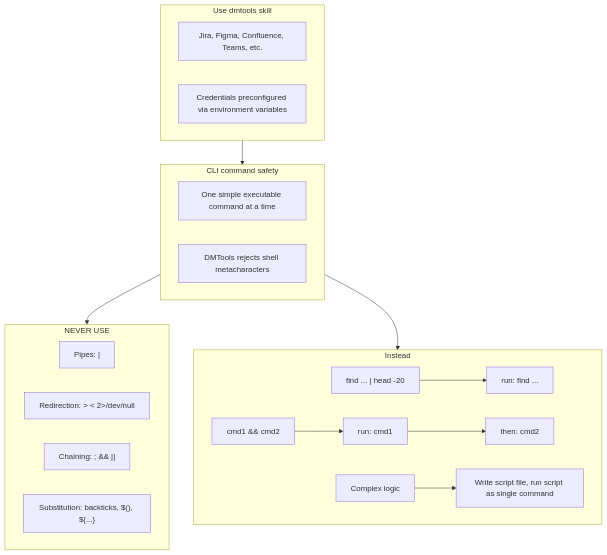
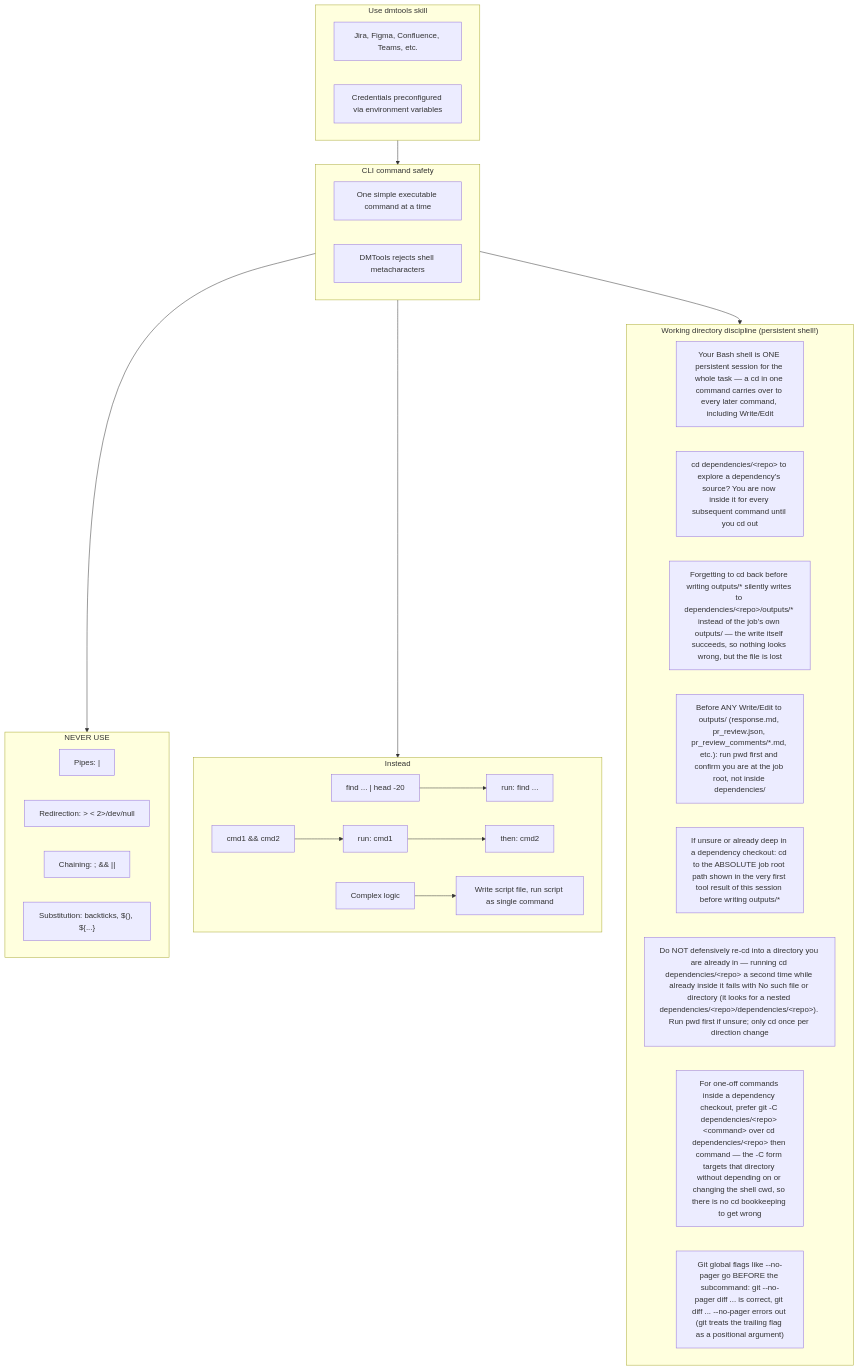
Before and after one commit to IstiN/dmtools-agents: the ninth of 9 diagrams in snapshots/bug_development.md, drawn with Mermaid. The commit also changed other lines of this file and 230 other files, not shown here.

````diff
--- a/snapshots/bug_development.md
+++ b/snapshots/bug_development.md
@@ -257,29 +257,41 @@
 ```mermaid
 flowchart TD
     subgraph USE["Use dmtools skill"]
         U1["Jira, Figma, Confluence, Teams, etc."]
         U2["Credentials preconfigured via environment variables"]
     end
 
     subgraph SAFETY["CLI command safety"]
         S1["One simple executable command at a time"]
         S2["DMTools rejects shell metacharacters"]
     end
 
     subgraph FORBIDDEN["NEVER USE"]
         F1["Pipes: |"]
         F2["Redirection: > < 2>/dev/null"]
         F3["Chaining: ; && ||"]
         F4["Substitution: backticks, $(), ${...}"]
     end
 
     subgraph EXAMPLES["Instead"]
         E1["find ... | head -20"] --> E1a["run: find ..."]
         E2["cmd1 && cmd2"] --> E2a["run: cmd1"] --> E2b["then: cmd2"]
         E3["Complex logic"] --> E3a["Write script file, run script as single command"]
     end
 
+    subgraph CWD["Working directory discipline (persistent shell!)"]
+        C1["Your Bash shell is ONE persistent session for the whole task — a cd in one command carries over to every later command, including Write/Edit"]
+        C2["cd dependencies/&lt;repo&gt; to explore a dependency's source? You are now inside it for every subsequent command until you cd out"]
+        C3["Forgetting to cd back before writing outputs/* silently writes to dependencies/&lt;repo&gt;/outputs/* instead of the job's own outputs/ — the write itself succeeds, so nothing looks wrong, but the file is lost"]
+        C4["Before ANY Write/Edit to outputs/ (response.md, pr_review.json, pr_review_comments/*.md, etc.): run pwd first and confirm you are at the job root, not inside dependencies/"]
+        C5["If unsure or already deep in a dependency checkout: cd to the ABSOLUTE job root path shown in the very first tool result of this session before writing outputs/*"]
+        C6["Do NOT defensively re-cd into a directory you are already in — running cd dependencies/&lt;repo&gt; a second time while already inside it fails with No such file or directory (it looks for a nested dependencies/&lt;repo&gt;/dependencies/&lt;repo&gt;). Run pwd first if unsure; only cd once per direction change"]
+        C7["For one-off commands inside a dependency checkout, prefer git -C dependencies/&lt;repo&gt; &lt;command&gt; over cd dependencies/&lt;repo&gt; then command — the -C form targets that directory without depending on or changing the shell cwd, so there is no cd bookkeeping to get wrong"]
+        C8["Git global flags like --no-pager go BEFORE the subcommand: git --no-pager diff ... is correct, git diff ... --no-pager errors out (git treats the trailing flag as a positional argument)"]
+    end
+
     USE --> SAFETY
     SAFETY --> FORBIDDEN
     SAFETY --> EXAMPLES
+    SAFETY --> CWD
 ```
````
